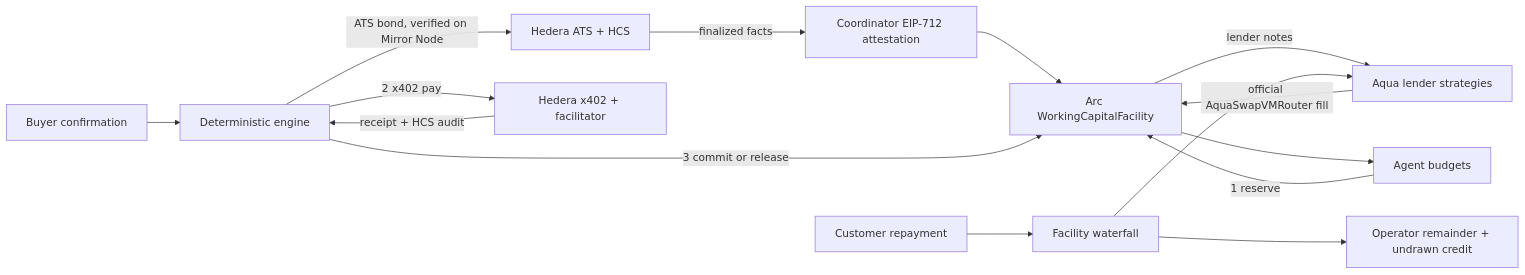
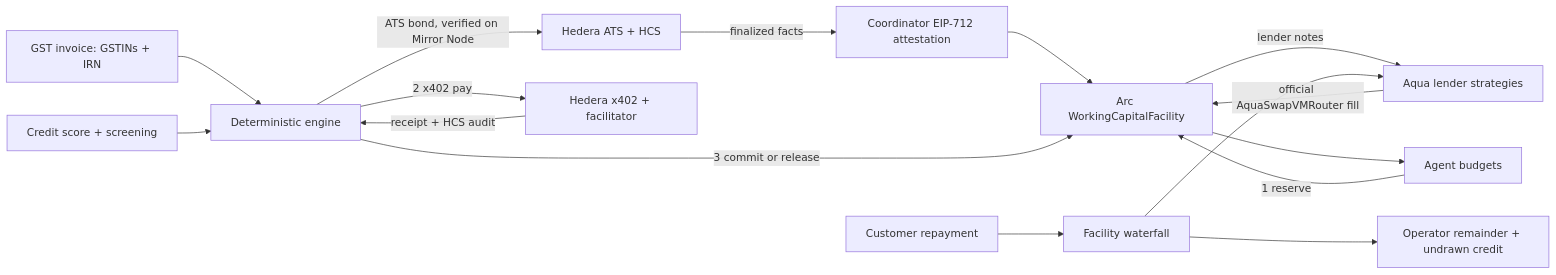
The diagram in README.md (Harshavardhan-28/EthGlobal-Mumbai), drawn with Mermaid before and after one commit. The commit also changed other lines of this file, not shown here.

````diff
--- a/README.md
+++ b/README.md
@@ -84,17 +111,18 @@
 ```mermaid
 flowchart LR
-  Buyer[Buyer confirmation] --> E[Deterministic engine]
+  GST[GST invoice: GSTINs + IRN] --> E[Deterministic engine]
+  S[Credit score + screening] --> E
   E -->|ATS bond, verified on Mirror Node| H[Hedera ATS + HCS]
   H -->|finalized facts| C[Coordinator EIP-712 attestation]
   C --> A[Arc WorkingCapitalFacility]
   L[Aqua lender strategies] -->|official AquaSwapVMRouter fill| A
   A -->|lender notes| L
   A --> B[Agent budgets]
   B -->|1 reserve| A
   E -->|2 x402 pay| X[Hedera x402 + facilitator]
   X -->|receipt + HCS audit| E
   E -->|3 commit or release| A
   Customer[Customer repayment] --> R[Facility waterfall]
   R --> L
   R --> O[Operator remainder + undrawn credit]
 ```
````
